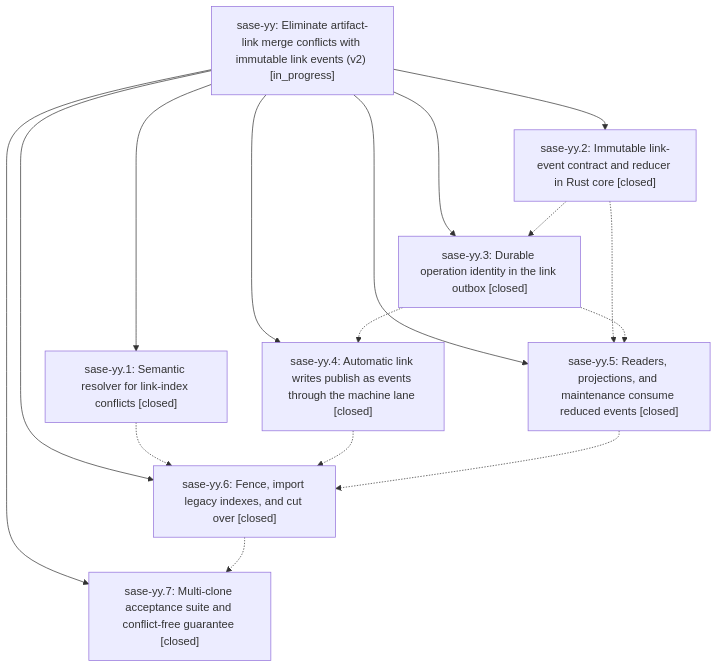
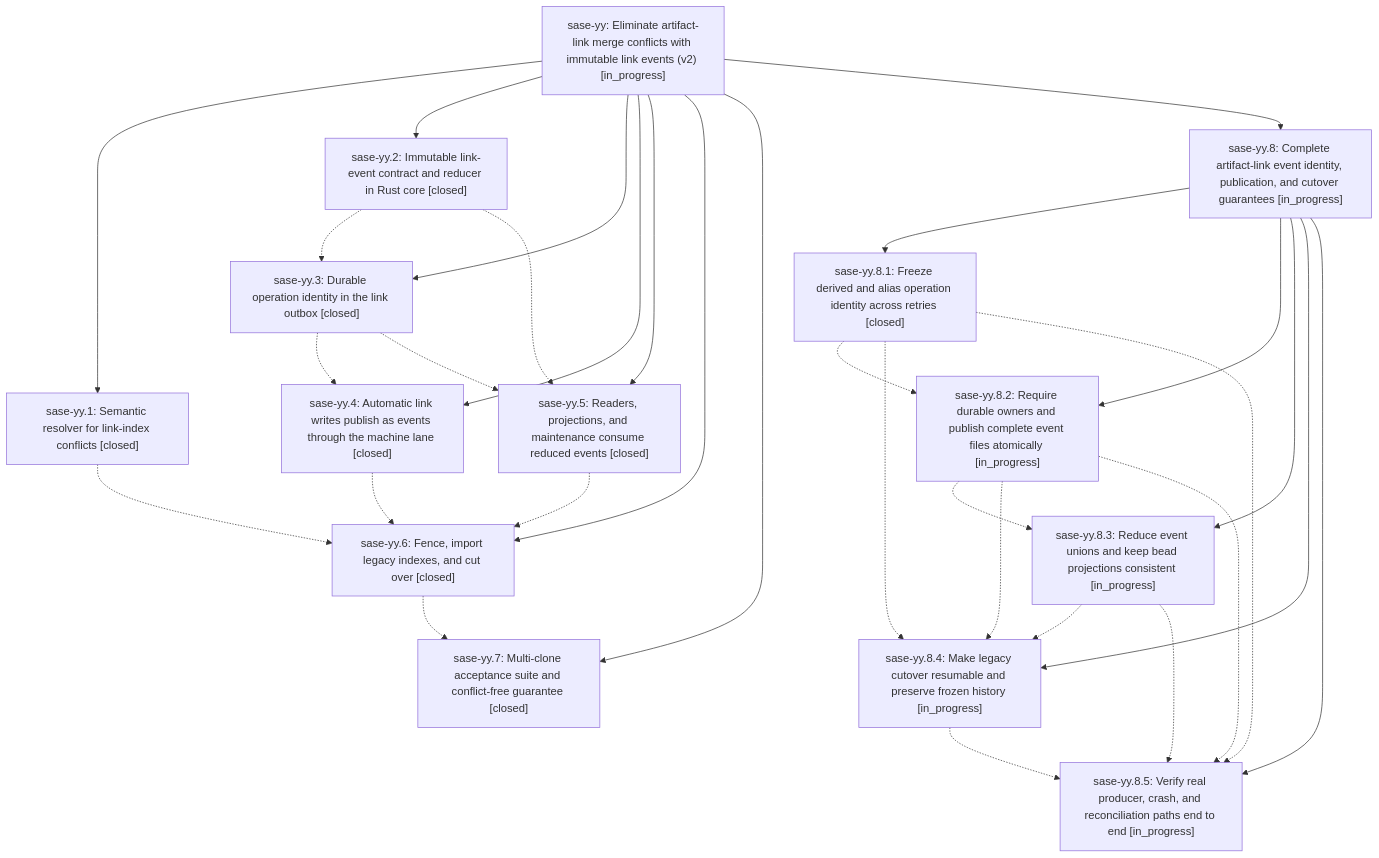
One commit to sase-org/sase--beads changed the diagram in pages/sase-yy/README.md. Above: the diagram before and after it, drawn with Mermaid. The commit also changed other lines of this file and 6 other files, not shown here.

First line of the commit message:
chore(beads): sync bead state and pages for sase-yy

````diff
--- a/pages/sase-yy/README.md
+++ b/pages/sase-yy/README.md
@@ -40,26 +44,47 @@
 ```mermaid
 flowchart TD
     n0["sase-yy: Eliminate artifact-link merge conflicts with immutable link events (v2) [in_progress]"]
     n1["sase-yy.1: Semantic resolver for link-index conflicts [closed]"]
     n2["sase-yy.2: Immutable link-event contract and reducer in Rust core [closed]"]
     n3["sase-yy.3: Durable operation identity in the link outbox [closed]"]
     n4["sase-yy.4: Automatic link writes publish as events through the machine lane [closed]"]
     n5["sase-yy.5: Readers, projections, and maintenance consume reduced events [closed]"]
     n6["sase-yy.6: Fence, import legacy indexes, and cut over [closed]"]
     n7["sase-yy.7: Multi-clone acceptance suite and conflict-free guarantee [closed]"]
+    n8["sase-yy.8: Complete artifact-link event identity, publication, and cutover guarantees [in_progress]"]
+    n9["sase-yy.8.1: Freeze derived and alias operation identity across retries [closed]"]
+    n10["sase-yy.8.2: Require durable owners and publish complete event files atomically [in_progress]"]
+    n11["sase-yy.8.3: Reduce event unions and keep bead projections consistent [in_progress]"]
+    n12["sase-yy.8.4: Make legacy cutover resumable and preserve frozen history [in_progress]"]
+    n13["sase-yy.8.5: Verify real producer, crash, and reconciliation paths end to end [in_progress]"]
     n0 --> n1
     n0 --> n2
     n0 --> n3
     n0 --> n4
     n0 --> n5
     n0 --> n6
     n0 --> n7
+    n0 --> n8
+    n8 --> n9
+    n8 --> n10
+    n8 --> n11
+    n8 --> n12
+    n8 --> n13
     n1 -.-> n6
     n2 -.-> n3
     n2 -.-> n5
     n3 -.-> n4
     n3 -.-> n5
     n4 -.-> n6
     n5 -.-> n6
     n6 -.-> n7
+    n9 -.-> n10
+    n9 -.-> n12
+    n9 -.-> n13
+    n10 -.-> n11
+    n10 -.-> n12
+    n10 -.-> n13
+    n11 -.-> n12
+    n11 -.-> n13
+    n12 -.-> n13
 ```
````
